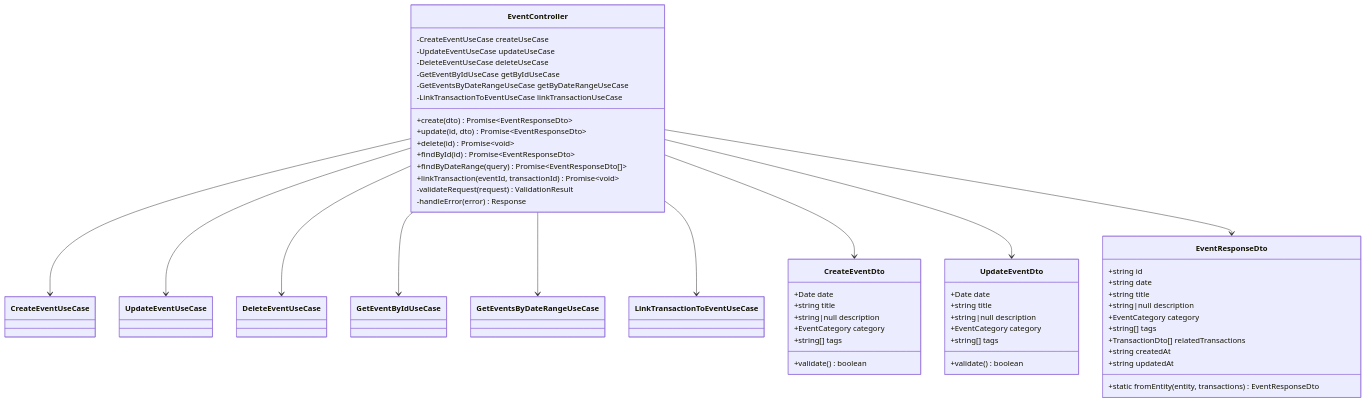
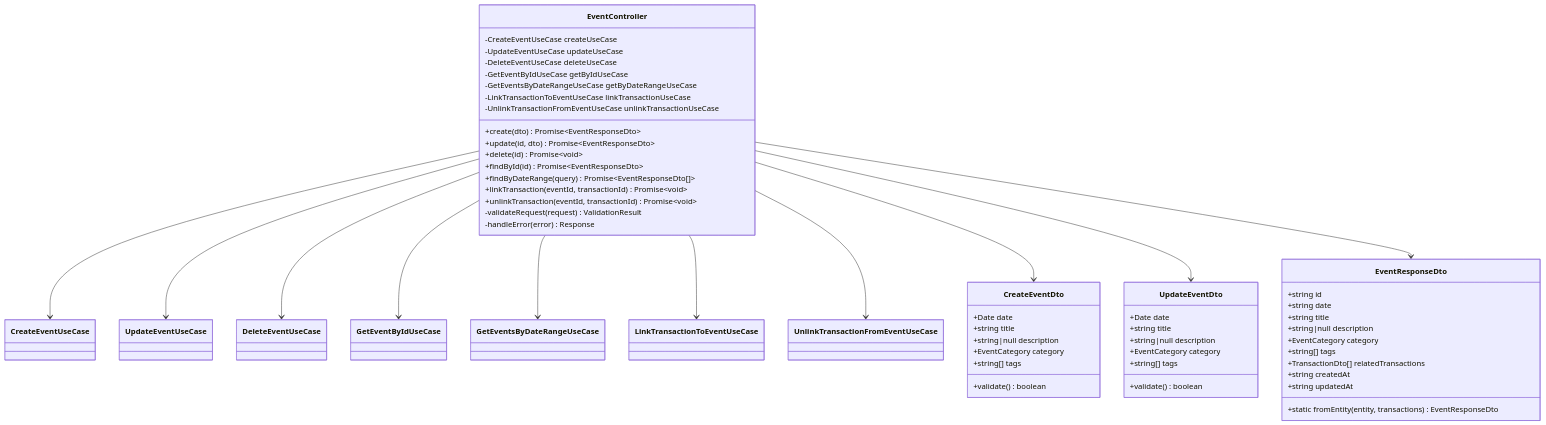
Before and after one commit to kencom2400/account-book: the fourth of 7 diagrams in docs/detailed-design/FR-021_event-memo/class-diagrams.md, drawn with Mermaid. The commit also changed other lines of this file and 2 other files, not shown here.

````diff
--- a/docs/detailed-design/FR-021_event-memo/class-diagrams.md
+++ b/docs/detailed-design/FR-021_event-memo/class-diagrams.md
@@ -307,60 +320,63 @@
 ```mermaid
 classDiagram
     class EventController {
         -CreateEventUseCase createUseCase
         -UpdateEventUseCase updateUseCase
         -DeleteEventUseCase deleteUseCase
         -GetEventByIdUseCase getByIdUseCase
         -GetEventsByDateRangeUseCase getByDateRangeUseCase
         -LinkTransactionToEventUseCase linkTransactionUseCase
+        -UnlinkTransactionFromEventUseCase unlinkTransactionUseCase
         +create(dto) Promise~EventResponseDto~
         +update(id, dto) Promise~EventResponseDto~
         +delete(id) Promise~void~
         +findById(id) Promise~EventResponseDto~
         +findByDateRange(query) Promise~EventResponseDto[]~
         +linkTransaction(eventId, transactionId) Promise~void~
+        +unlinkTransaction(eventId, transactionId) Promise~void~
         -validateRequest(request) ValidationResult
         -handleError(error) Response
     }
 
     class CreateEventDto {
         +Date date
         +string title
         +string|null description
         +EventCategory category
         +string[] tags
         +validate() boolean
     }
 
     class UpdateEventDto {
         +Date date
         +string title
         +string|null description
         +EventCategory category
         +string[] tags
         +validate() boolean
     }
 
     class EventResponseDto {
         +string id
         +string date
         +string title
         +string|null description
         +EventCategory category
         +string[] tags
         +TransactionDto[] relatedTransactions
         +string createdAt
         +string updatedAt
         +static fromEntity(entity, transactions) EventResponseDto
     }
 
     EventController --> CreateEventUseCase
     EventController --> UpdateEventUseCase
     EventController --> DeleteEventUseCase
     EventController --> GetEventByIdUseCase
     EventController --> GetEventsByDateRangeUseCase
     EventController --> LinkTransactionToEventUseCase
+    EventController --> UnlinkTransactionFromEventUseCase
     EventController --> CreateEventDto
     EventController --> UpdateEventDto
     EventController --> EventResponseDto
 ```
````
